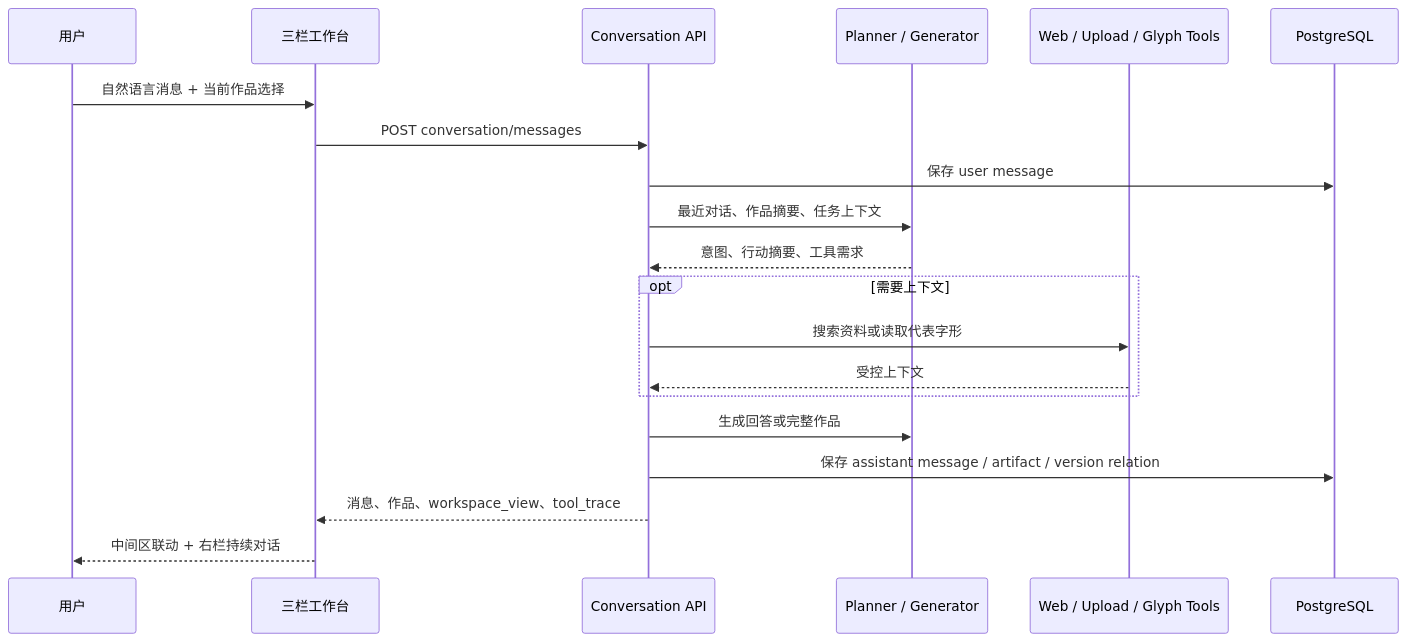
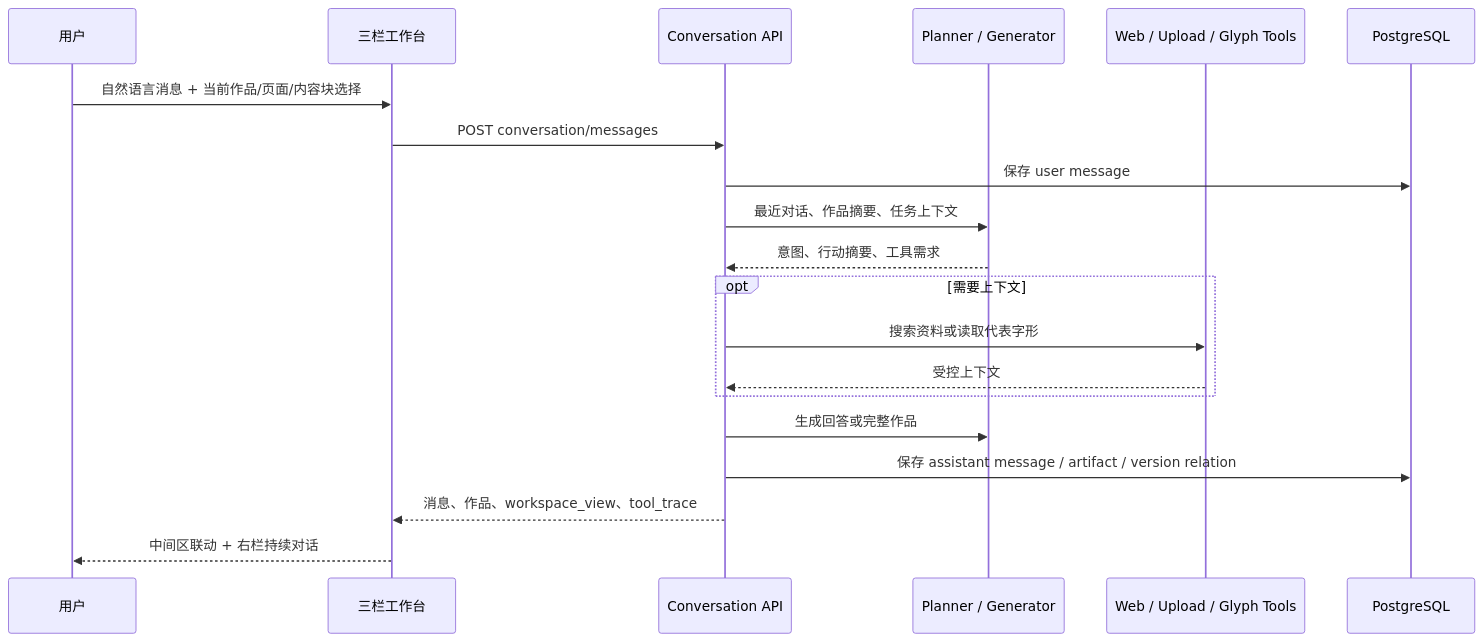
One commit to DaHaohao2003/CharacterVein changed the second of 3 diagrams in docs/PROJECT_DESIGN.md. Above: the diagram before and after it, drawn with Mermaid. The commit also changed other lines of this file and 37 other files, not shown here.

````diff
--- a/docs/PROJECT_DESIGN.md
+++ b/docs/PROJECT_DESIGN.md
@@ -122,22 +129,22 @@
 ```mermaid
 sequenceDiagram
     participant U as 用户
     participant W as 三栏工作台
     participant A as Conversation API
     participant P as Planner / Generator
     participant T as Web / Upload / Glyph Tools
     participant D as PostgreSQL
-    U->>W: 自然语言消息 + 当前作品选择
+    U->>W: 自然语言消息 + 当前作品/页面/内容块选择
     W->>A: POST conversation/messages
     A->>D: 保存 user message
     A->>P: 最近对话、作品摘要、任务上下文
     P-->>A: 意图、行动摘要、工具需求
     opt 需要上下文
       A->>T: 搜索资料或读取代表字形
       T-->>A: 受控上下文
     end
     A->>P: 生成回答或完整作品
     A->>D: 保存 assistant message / artifact / version relation
     A-->>W: 消息、作品、workspace_view、tool_trace
     W-->>U: 中间区联动 + 右栏持续对话
 ```
````
